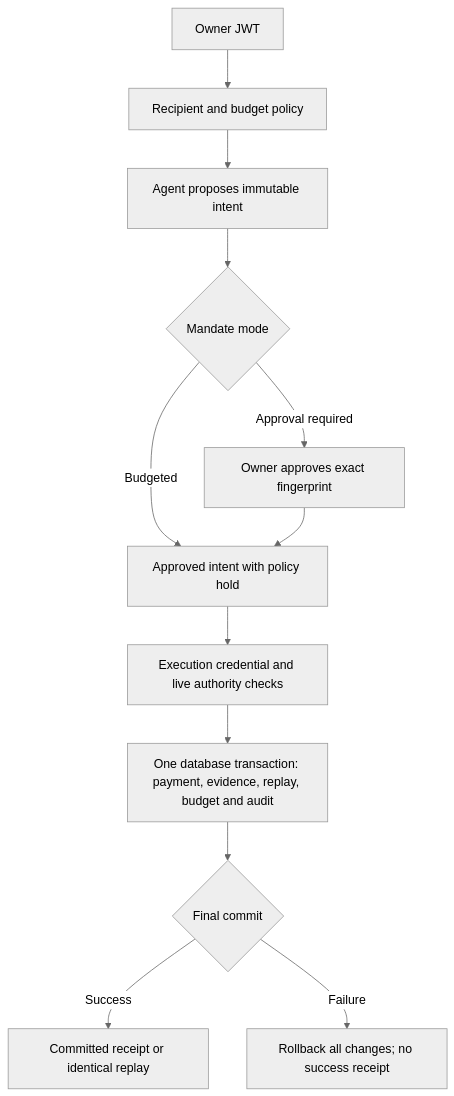
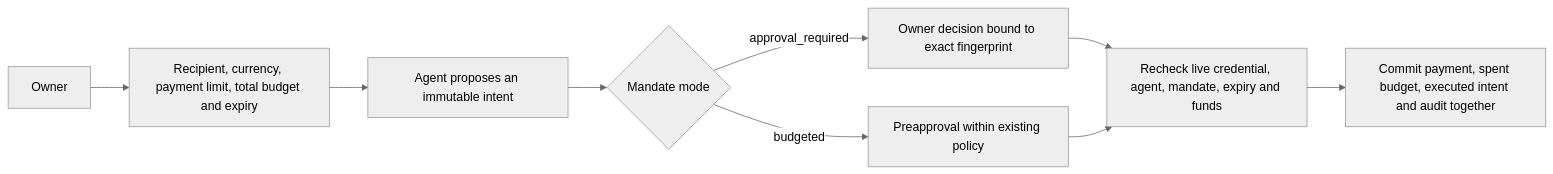
The second of 3 diagrams in docs/README.md (InsaneCoder789/Rail), drawn with Mermaid (neutral theme) before and after one commit. The commit also changed other lines of this file and 3 other files, not shown here.

````diff
--- a/docs/README.md
+++ b/docs/README.md
@@ -410,14 +96,11 @@
 ```mermaid
-flowchart TD
-  Owner[Owner JWT] --> Mandate[Recipient and budget policy]
-  Mandate --> Proposal[Agent proposes immutable intent]
-  Proposal --> Mode{Mandate mode}
-  Mode -->|Approval required| Decision[Owner approves exact fingerprint]
-  Mode -->|Budgeted| Approved[Approved intent with policy hold]
-  Decision --> Approved
-  Approved --> Guard[Execution credential and live authority checks]
-  Guard --> Atomic[One database transaction: payment, evidence, replay, budget and audit]
-  Atomic --> Commit{Final commit}
-  Commit -->|Success| Receipt[Committed receipt or identical replay]
-  Commit -->|Failure| Rollback[Rollback all changes; no success receipt]
+flowchart LR
+    Owner["Owner"] --> Mandate["Recipient, currency, payment limit, total budget and expiry"]
+    Mandate --> Proposal["Agent proposes an immutable intent"]
+    Proposal --> Mode{"Mandate mode"}
+    Mode -->|approval_required| Review["Owner decision bound to exact fingerprint"]
+    Mode -->|budgeted| Preapproval["Preapproval within existing policy"]
+    Review --> Authority["Recheck live credential, agent, mandate, expiry and funds"]
+    Preapproval --> Authority
+    Authority --> Commit["Commit payment, spent budget, executed intent and audit together"]
 ```
````
